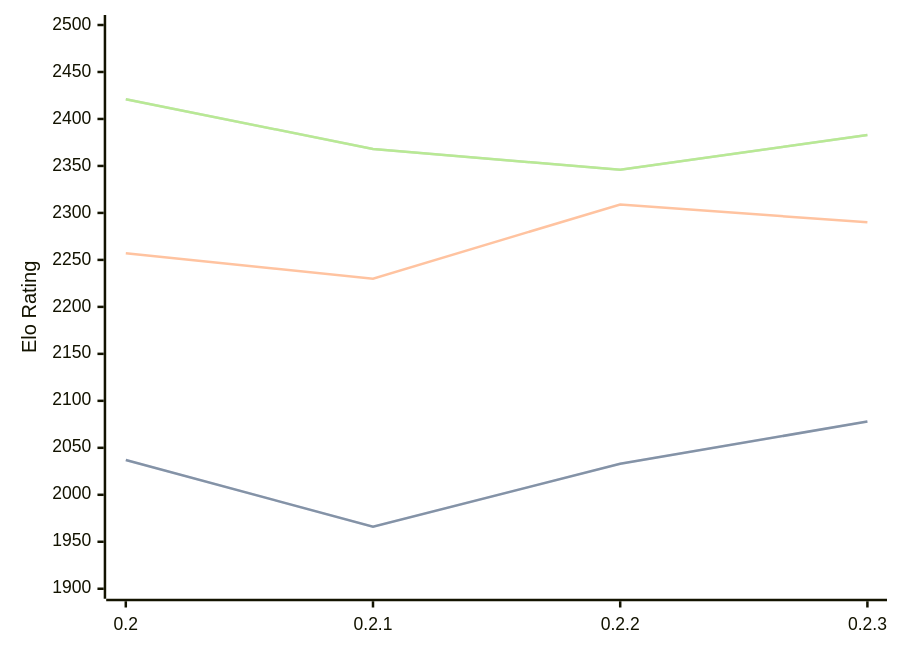
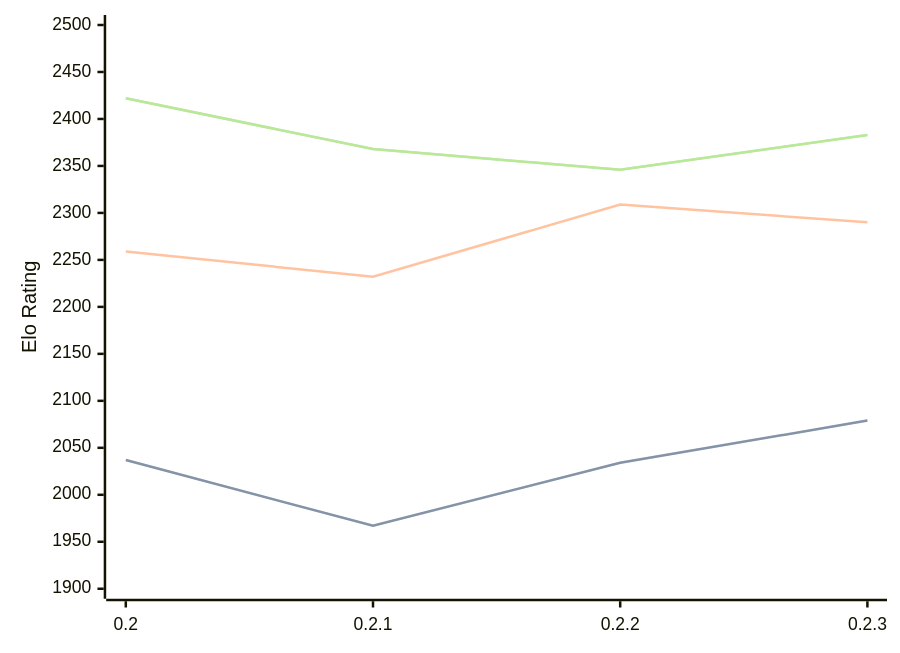
Before and after one commit to computer-chess-index/cci: the diagram in engines/Lolbot.md, drawn with Mermaid. The commit also changed other lines of this file, not shown here.

Commit message:
Update CCI Ratings (ELO VLTC) - 2026-02-15

````diff
--- a/engines/Lolbot.md
+++ b/engines/Lolbot.md
@@ -32,11 +32,11 @@
 ```mermaid
 %%{init: {"theme":"base","themeVariables":{"seriesColors:['#a3a3a3','#222221','#faa371']}}}%%
 xychart-beta
   x-axis ["0.2", "0.2.1", "0.2.2", "0.2.3"]
   y-axis "Elo Rating" 1900 --> 2500
-  line "STC (8.0+0.08s)" [2037, 1966, 2033, 2078]
-  line "STC (8.0+0.08s)" [2037, 1966, 2033, 2078]
-  line "LTC (60.0+0.60s)" [2257, 2230, 2309, 2290]
-  line "VLTC (2m24s+1.12s)" [2421, 2368, 2346, 2383]
-  line "VLTC (2m24s+1.12s)" [2421, 2368, 2346, 2383]
+  line "STC (8.0+0.08s)" [2037, 1967, 2034, 2079]
+  line "STC (8.0+0.08s)" [2037, 1967, 2034, 2079]
+  line "LTC (60.0+0.60s)" [2259, 2232, 2309, 2290]
+  line "VLTC (2m24s+1.12s)" [2422, 2368, 2346, 2383]
+  line "VLTC (2m24s+1.12s)" [2422, 2368, 2346, 2383]
 ```
````
